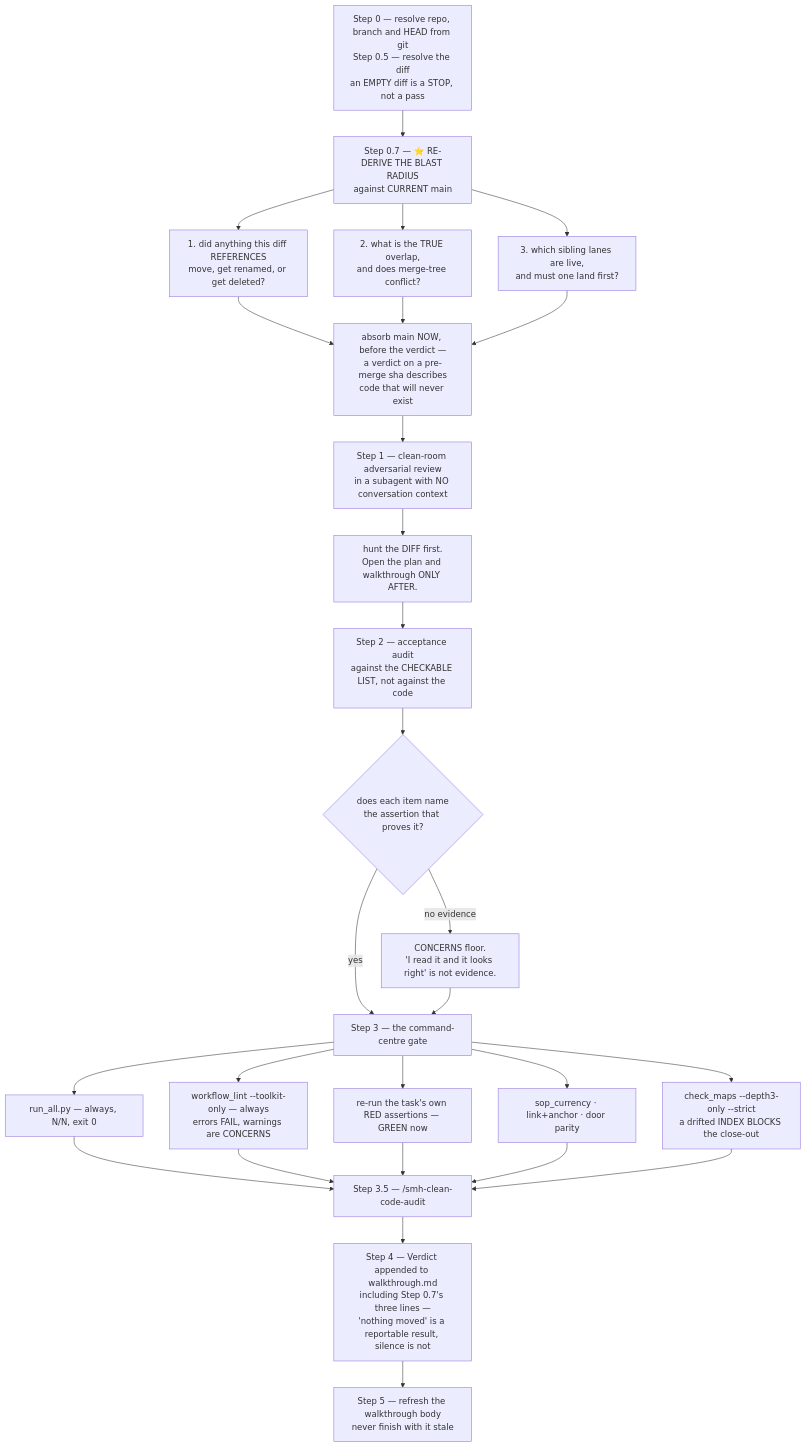
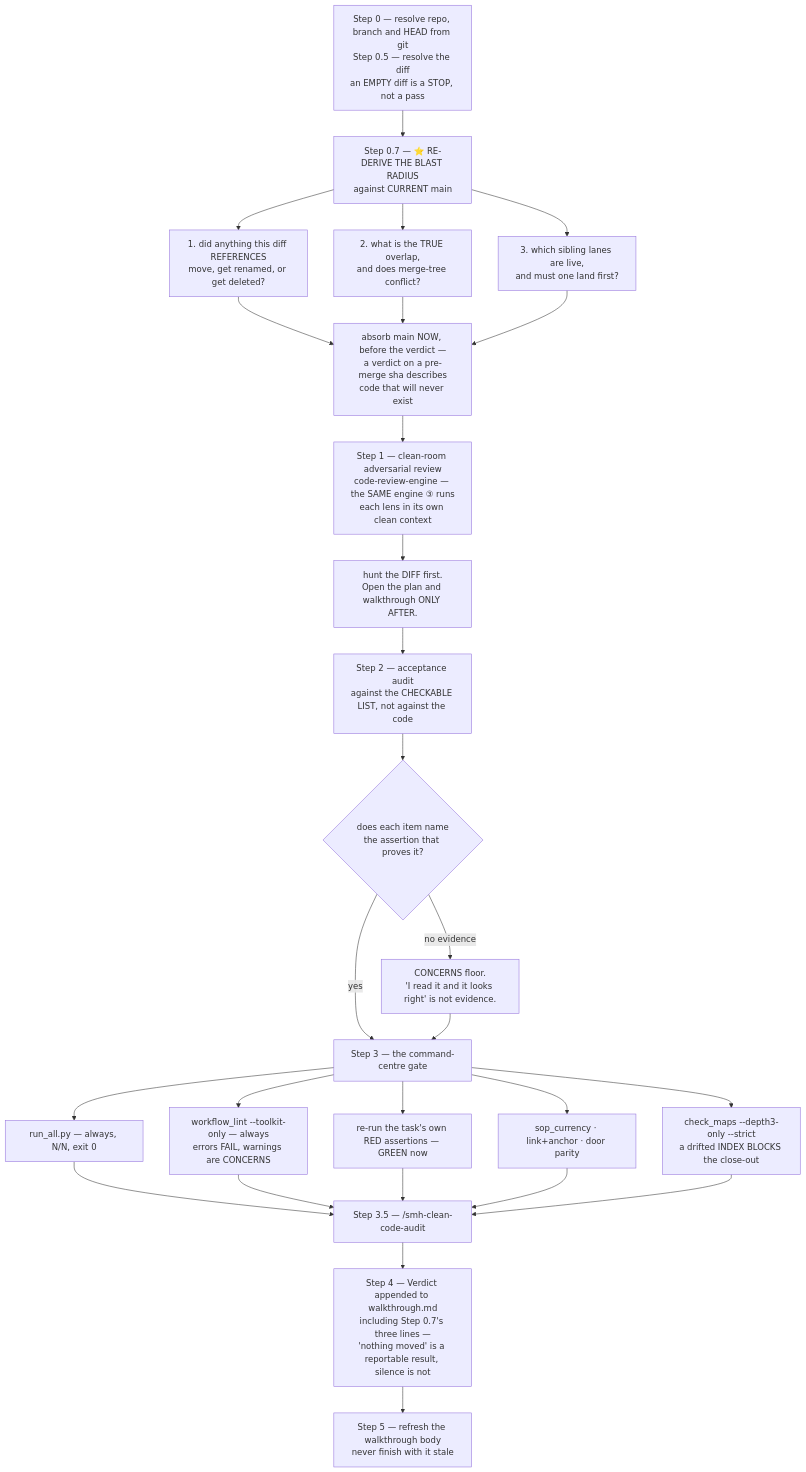
Before and after one commit to sudomadhatter/Sudo_Hatter_Command: diagram 18 of 23 in docs/_scc_sops_prds/workflows_testing_SOP.md, drawn with Mermaid. The commit also changed other lines of this file and 22 other files, not shown here.

````diff
--- a/docs/_scc_sops_prds/workflows_testing_SOP.md
+++ b/docs/_scc_sops_prds/workflows_testing_SOP.md
@@ -1132,29 +1132,29 @@
 ```mermaid
 flowchart TD
     S0["Step 0 — resolve repo, branch and HEAD from git\nStep 0.5 — resolve the diff\nan EMPTY diff is a STOP, not a pass"] --> S07["Step 0.7 — ⭐ RE-DERIVE THE BLAST RADIUS\nagainst CURRENT main"]
     S07 --> Q1["1. did anything this diff REFERENCES\nmove, get renamed, or get deleted?"]
     S07 --> Q2["2. what is the TRUE overlap,\nand does merge-tree conflict?"]
     S07 --> Q3["3. which sibling lanes are live,\nand must one land first?"]
     Q1 --> ABS["absorb main NOW, before the verdict —\na verdict on a pre-merge sha describes\ncode that will never exist"]
     Q2 --> ABS
     Q3 --> ABS
-    ABS --> S1["Step 1 — clean-room adversarial review\nin a subagent with NO conversation context"]
+    ABS --> S1["Step 1 — clean-room adversarial review\ncode-review-engine — the SAME engine ③ runs\neach lens in its own clean context"]
     S1 --> ORD["hunt the DIFF first.\nOpen the plan and walkthrough ONLY AFTER."]
     ORD --> S2["Step 2 — acceptance audit\nagainst the CHECKABLE LIST, not against the code"]
     S2 --> EV{"does each item name\nthe assertion that proves it?"}
     EV -- "no evidence" --> CONC["CONCERNS floor.\n'I read it and it looks right' is not evidence."]
     EV -- "yes" --> S3["Step 3 — the command-centre gate"]
     CONC --> S3
     S3 --> G1["run_all.py — always, N/N, exit 0"]
     S3 --> G2["workflow_lint --toolkit-only — always\nerrors FAIL, warnings are CONCERNS"]
     S3 --> G3["re-run the task's own RED assertions — GREEN now"]
     S3 --> G4["sop_currency · link+anchor · door parity"]
     S3 --> G5["check_maps --depth3-only --strict\na drifted INDEX BLOCKS the close-out"]
     G1 --> S35["Step 3.5 — /smh-clean-code-audit"]
     G2 --> S35
     G3 --> S35
     G4 --> S35
     G5 --> S35
     S35 --> S4["Step 4 — Verdict appended to walkthrough.md\nincluding Step 0.7's three lines —\n'nothing moved' is a reportable result, silence is not"]
     S4 --> S5["Step 5 — refresh the walkthrough body\nnever finish with it stale"]
 ```
````
